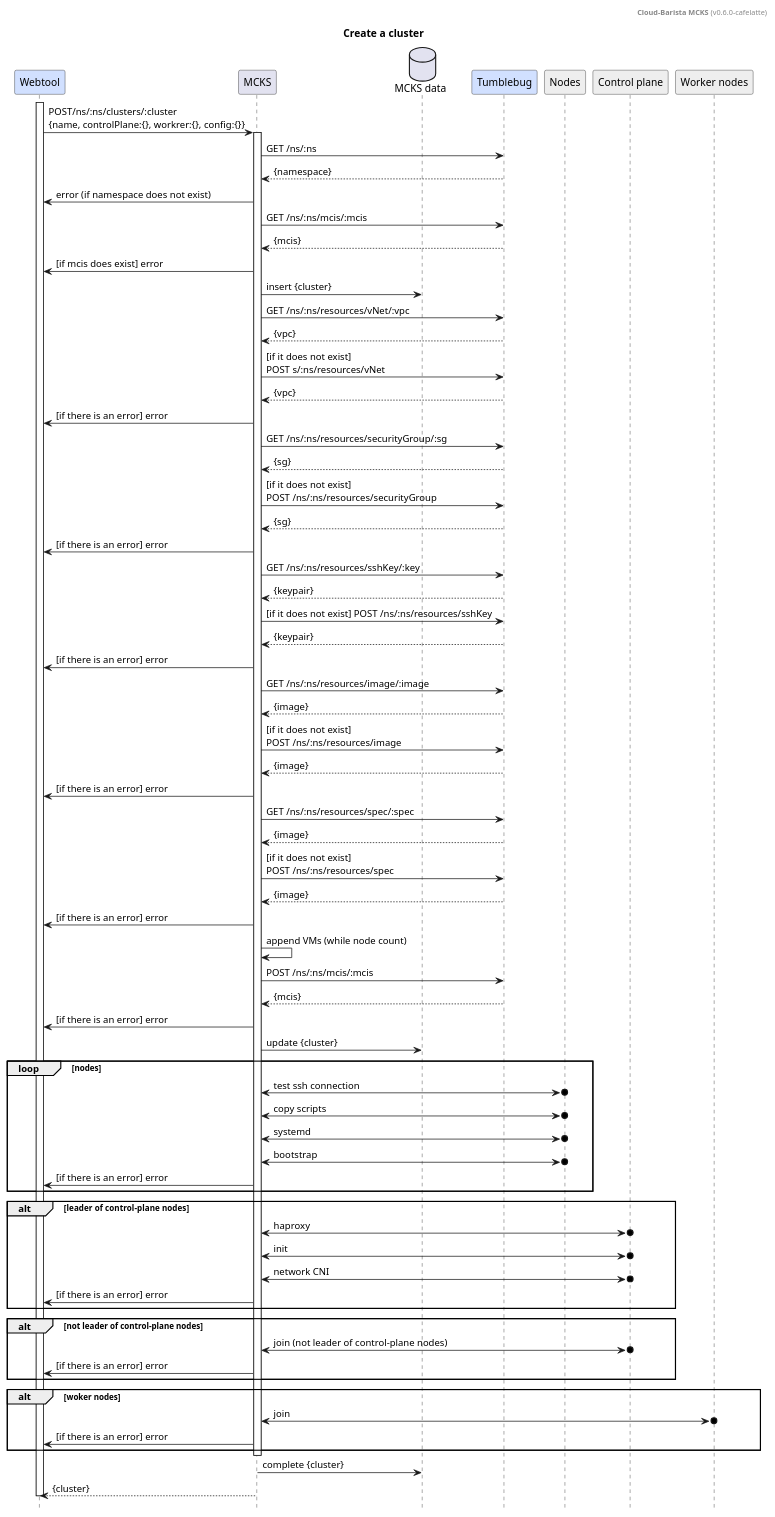
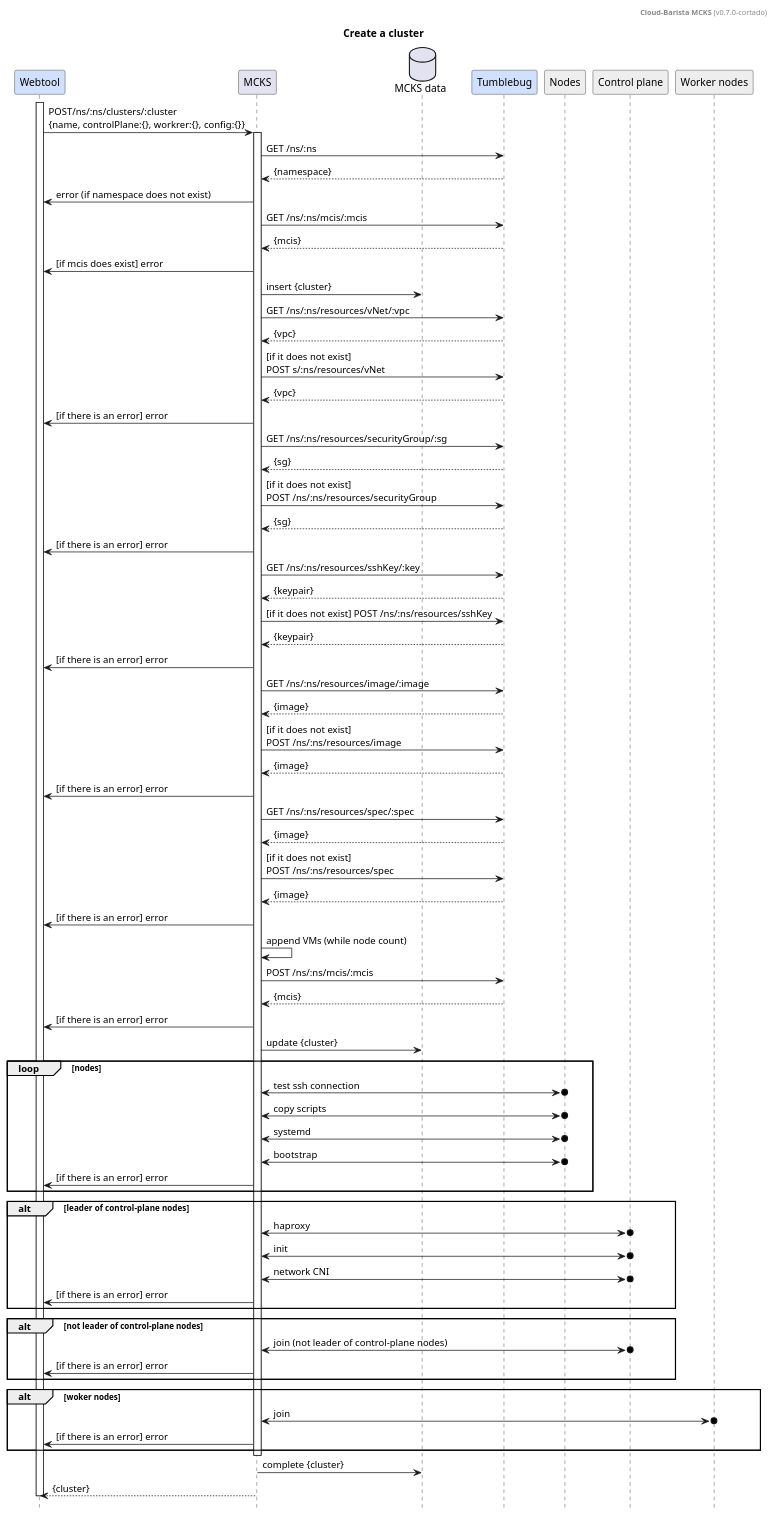
Before and after one commit to cloud-barista/cb-ladybug: the diagram in docs/design/cluster-create.puml, drawn with PlantUML. The commit also changed 6 other files, not shown here.

```diff
--- a/docs/design/cluster-create.puml
+++ b/docs/design/cluster-create.puml
@@ -1,122 +1,122 @@
 @startuml
 
-header **Cloud-Barista MCKS** (v0.6.0-cafelatte)
+header **Cloud-Barista MCKS** (v0.7.0-cortado)
 title Create a cluster
 hide footbox
 
 participant	"Webtool"		as webtool		#d1e0ff
 
 participant	"MCKS"		as provider
 database	"MCKS data"	as db
 
 participant	"Tumblebug"		as tumblebug	#d1e0ff
 participant	"Nodes"			as nodes		#eeeeee
 participant	"Control plane"	as mNodes		#eeeeee
 participant	"Worker nodes"	as wNodes		#eeeeee
 
 skinparam sequence {
 	GroupColor DeepSkyBlue
 }
 
 
 activate webtool
 	webtool		->	provider		: POST/ns/:ns/clusters/:cluster\n{name, controlPlane:{}, workrer:{}, config:{}}
 
 
 		activate provider
 
 			'-- 1.infra
 			'-- 1.1. namespace
 			provider	->	tumblebug	: GET /ns/:ns
 			tumblebug	-->	provider	: {namespace}
 			provider	->	webtool		: error (if namespace does not exist)
 
 			'-- 1.2. MCIS
 			provider	->	tumblebug	: GET /ns/:ns/mcis/:mcis
 			tumblebug	-->	provider	: {mcis}
 			provider	->	webtool		: [if mcis does exist] error 
 
 			'-- 
 			provider	->	db			: insert {cluster}
 
 			'-- 1.3. vpc
 			provider	->	tumblebug	: GET /ns/:ns/resources/vNet/:vpc
 			tumblebug	-->	provider	: {vpc}
 			provider	->	tumblebug	: [if it does not exist]\nPOST s/:ns/resources/vNet
 			tumblebug	-->	provider	: {vpc}
 			provider	->	webtool		: [if there is an error] error
 
 			'-- 1.4. sg(fw)
 			provider	->	tumblebug	: GET /ns/:ns/resources/securityGroup/:sg
 			tumblebug	-->	provider	: {sg}
 			provider	->	tumblebug	: [if it does not exist]\nPOST /ns/:ns/resources/securityGroup
 			tumblebug	-->	provider	: {sg}
 			provider	->	webtool		: [if there is an error] error
 
 			'-- 1.5. ssh
 			provider	->	tumblebug	: GET /ns/:ns/resources/sshKey/:key
 			tumblebug	-->	provider	: {keypair}
 			provider	->	tumblebug	: [if it does not exist] POST /ns/:ns/resources/sshKey
 			tumblebug	-->	provider	: {keypair}
 			provider	->	webtool		: [if there is an error] error
 			
 			'-- 1.6. image
 			provider	->	tumblebug	: GET /ns/:ns/resources/image/:image
 			tumblebug	-->	provider	: {image}
 			provider	->	tumblebug 	: [if it does not exist]\nPOST /ns/:ns/resources/image
 			tumblebug	-->	provider	: {image}
 			provider	->	webtool		: [if there is an error] error
 
 			'-- 1.7. spec
 			provider	->	tumblebug	: GET /ns/:ns/resources/spec/:spec
 			tumblebug	-->	provider	: {image}
 			provider	->	tumblebug 	: [if it does not exist]\nPOST /ns/:ns/resources/spec
 			tumblebug	-->	provider	: {image}
 			provider	->	webtool		: [if there is an error] error
 
 			'-- 1.8. mcis (vm)
 			provider	->	provider	: append VMs (while node count)
 			provider	->	tumblebug	: POST /ns/:ns/mcis/:mcis
 			tumblebug	-->	provider	: {mcis}
 			provider	->	webtool		: [if there is an error] error
 
 			'--
 			provider	->	db						: update {cluster}
 
 			' -- 2.1. boostrap
 			loop nodes
 				provider	<->o	nodes		: test ssh connection
 				provider	<->o	nodes		: copy scripts
 				provider	<->o	nodes		: systemd
 				provider	<->o	nodes		: bootstrap
 				provider	->		webtool		: [if there is an error] error
 			end
 
 			' -- 2.2. 
 			alt leader of control-plane  nodes
 				provider	<->o	mNodes		: haproxy
 				provider	<->o	mNodes		: init
 				provider	<->o	mNodes		: network CNI
 				provider	->	webtool			: [if there is an error] error
 			end
 
 			' -- 2.3. 
 			alt not leader of control-plane nodes
 				provider	<->o	mNodes		: join (not leader of control-plane nodes)
 				provider	->	webtool			: [if there is an error] error
 			end
 
 			' -- 2.3. 
 			alt woker nodes
 				provider	<->o	wNodes		: join
 				provider	->	webtool			: [if there is an error] error
 			end
 
 		deactivate provider
 
 		provider	->	db						: complete {cluster}
 		provider	-->	webtool					: {cluster}
 
 deactivate webtool
 
 @enduml
```
